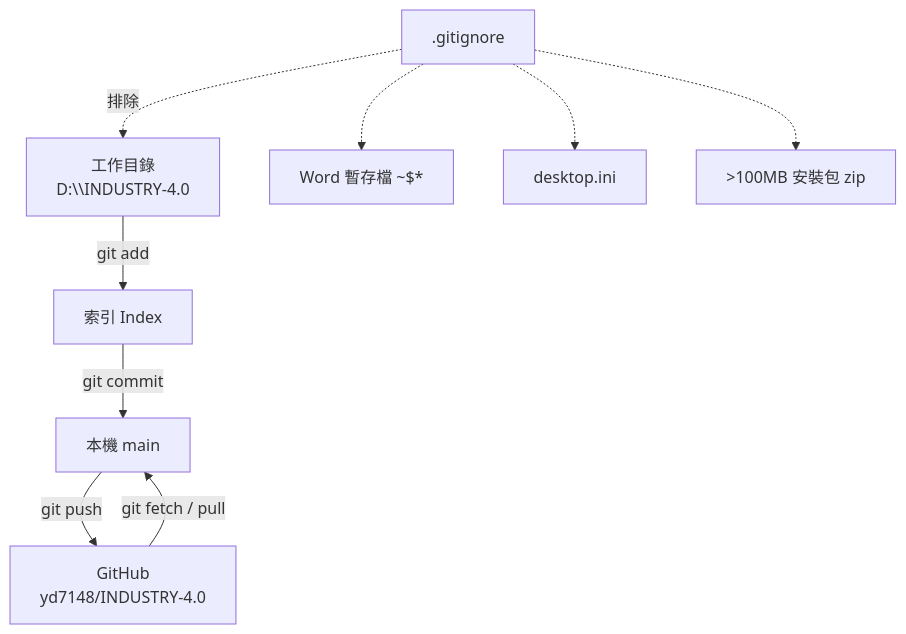
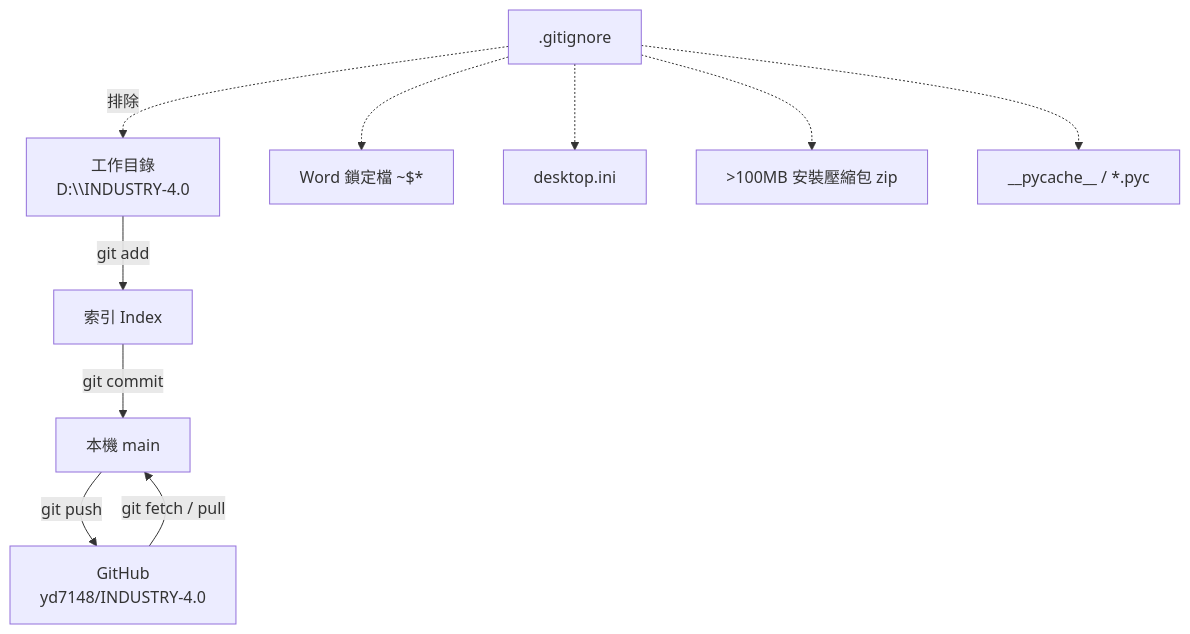
The sixth of 6 diagrams in README.md (yd7148/INDUSTRY-4.0), drawn with Mermaid before and after one commit. The commit also changed other lines of this file and 447 other files, not shown here.

````diff
--- a/README.md
+++ b/README.md
@@ -270,12 +273,13 @@
 ```mermaid
 flowchart TB
     W["工作目錄<br/>D:\\INDUSTRY-4.0"] -->|git add| I["索引 Index"]
     I -->|git commit| L["本機 main"]
     L -->|git push| R["GitHub<br/>yd7148/INDUSTRY-4.0"]
     R -->|git fetch / pull| L
 
     IG[".gitignore"] -.排除.-> W
-    IG -.-> X1["Word 暫存檔 ~$*"]
+    IG -.-> X1["Word 鎖定檔 ~$*"]
     IG -.-> X2["desktop.ini"]
-    IG -.-> X3[">100MB 安裝包 zip"]
+    IG -.-> X3[">100MB 安裝壓縮包 zip"]
+    IG -.-> X4["__pycache__ / *.pyc"]
 ```
````
